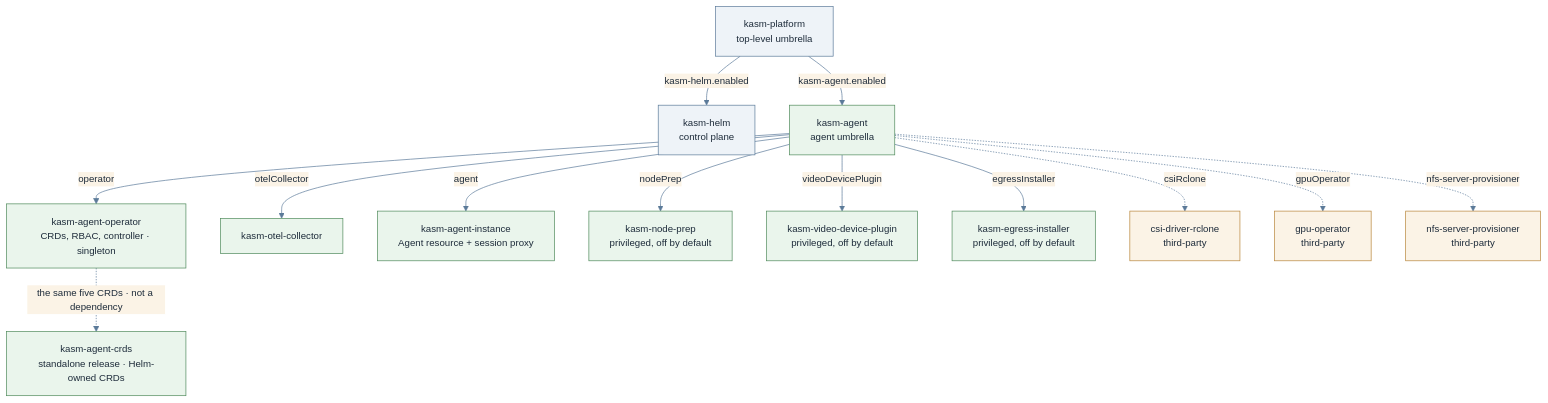
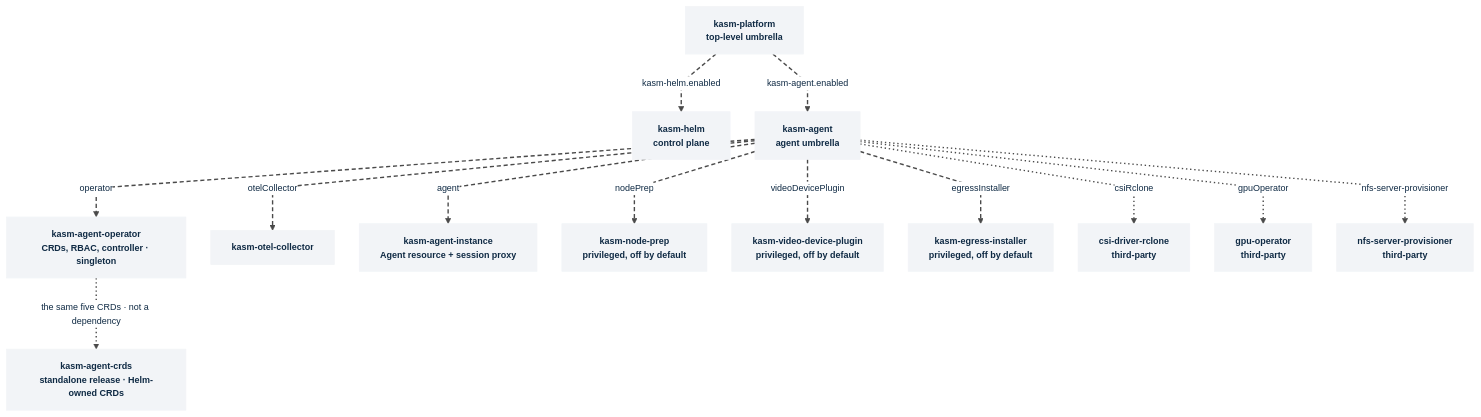
Before and after one commit to kasmtech/kasm-helm: the diagram in docs/explanation/architecture.md, drawn with Mermaid. The commit also changed 35 other files, not shown here.

First line of the commit message:
Kasm diagram theme, and the operator and agent fixes verified against the dev builds

````diff
--- a/docs/explanation/architecture.md
+++ b/docs/explanation/architecture.md
@@ -31,24 +31,32 @@
 ```mermaid
-%%{init: {"theme":"base","themeVariables":{"primaryColor":"#eef3f8","primaryBorderColor":"#5b7a99","primaryTextColor":"#1d2b3a","secondaryColor":"#fbf3e6","secondaryBorderColor":"#b8863b","tertiaryColor":"#eaf5ec","tertiaryBorderColor":"#4f8a5b","lineColor":"#5b7a99","fontFamily":"Inter, Helvetica, Arial, sans-serif","fontSize":"14px"},"flowchart":{"curve":"basis","htmlLabels":true}}}%%
+%%{init: {"theme":"base","themeVariables":{"background":"#ffffff","primaryColor":"#f2f4f7","primaryBorderColor":"#f2f4f7","primaryTextColor":"#0f2a44","lineColor":"#0f2a44","clusterBkg":"#ffffff","clusterBorder":"#4a4a4a","edgeLabelBackground":"#ffffff","fontFamily":"Montserrat, Helvetica, Arial, sans-serif","fontSize":"13px"},"flowchart":{"curve":"linear","htmlLabels":true,"nodeSpacing":36,"rankSpacing":64}}}%%
 flowchart TB
-  platform["kasm-platform<br/>top-level umbrella"]
-  helm["kasm-helm<br/>control plane"]
-  umb["kasm-agent<br/>agent umbrella"]
+  platform["kasm-platform<br/>top-level umbrella"]:::card
+  helm["kasm-helm<br/>control plane"]:::card
+  umb["kasm-agent<br/>agent umbrella"]:::card
+  op["kasm-agent-operator<br/>CRDs, RBAC, controller · singleton"]:::card
+  otel["kasm-otel-collector"]:::card
+  inst["kasm-agent-instance<br/>Agent resource + session proxy"]:::card
+  np["kasm-node-prep<br/>privileged, off by default"]:::card
+  vdp["kasm-video-device-plugin<br/>privileged, off by default"]:::card
+  egress["kasm-egress-installer<br/>privileged, off by default"]:::card
+  rclone["csi-driver-rclone<br/>third-party"]:::card
+  gpu["gpu-operator<br/>third-party"]:::card
+  nfs["nfs-server-provisioner<br/>third-party"]:::card
+  crds["kasm-agent-crds<br/>standalone release · Helm-owned CRDs"]:::card
   platform -->|"kasm-helm.enabled"| helm
   platform -->|"kasm-agent.enabled"| umb
-  umb -->|"operator"| op["kasm-agent-operator<br/>CRDs, RBAC, controller · singleton"]
-  umb -->|"otelCollector"| otel["kasm-otel-collector"]
-  umb -->|"agent"| inst["kasm-agent-instance<br/>Agent resource + session proxy"]
-  umb -->|"nodePrep"| np["kasm-node-prep<br/>privileged, off by default"]
-  umb -->|"videoDevicePlugin"| vdp["kasm-video-device-plugin<br/>privileged, off by default"]
-  umb -->|"egressInstaller"| egress["kasm-egress-installer<br/>privileged, off by default"]
-  umb -.->|"csiRclone"| rclone["csi-driver-rclone<br/>third-party"]
-  umb -.->|"gpuOperator"| gpu["gpu-operator<br/>third-party"]
-  umb -.->|"nfs-server-provisioner"| nfs["nfs-server-provisioner<br/>third-party"]
-  crds["kasm-agent-crds<br/>standalone release · Helm-owned CRDs"]
+  umb -->|"operator"| op
+  umb -->|"otelCollector"| otel
+  umb -->|"agent"| inst
+  umb -->|"nodePrep"| np
+  umb -->|"videoDevicePlugin"| vdp
+  umb -->|"egressInstaller"| egress
+  umb -.->|"csiRclone"| rclone
+  umb -.->|"gpuOperator"| gpu
+  umb -.->|"nfs-server-provisioner"| nfs
   op -.->|"the same five CRDs · not a dependency"| crds
-  classDef agent fill:#eaf5ec,stroke:#4f8a5b
-  classDef ext fill:#fbf3e6,stroke:#b8863b
-  class umb,op,otel,inst,np,vdp,egress,crds agent
-  class rclone,gpu,nfs ext
+  classDef card fill:#f2f4f7,stroke:#f2f4f7,color:#0f2a44,font-weight:600
+  linkStyle 0,1,2,3,4,5,6,7 stroke:#4a4a4a,stroke-width:2px,stroke-dasharray:6 4
+  linkStyle 8,9,10,11 stroke:#4a4a4a,stroke-width:2px,stroke-dasharray:2 4
 ```
````
